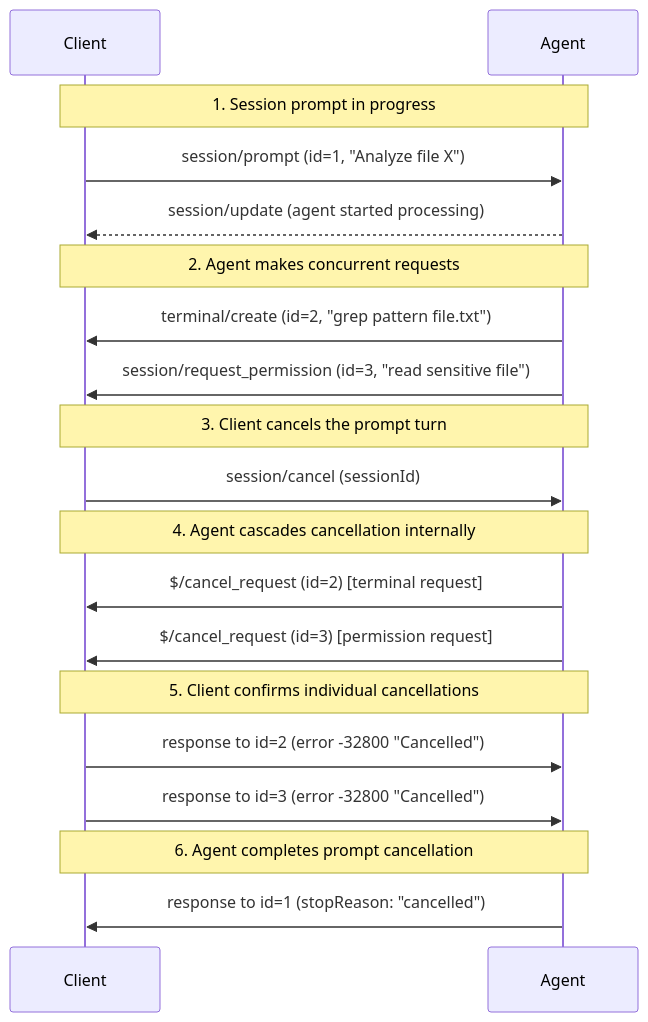
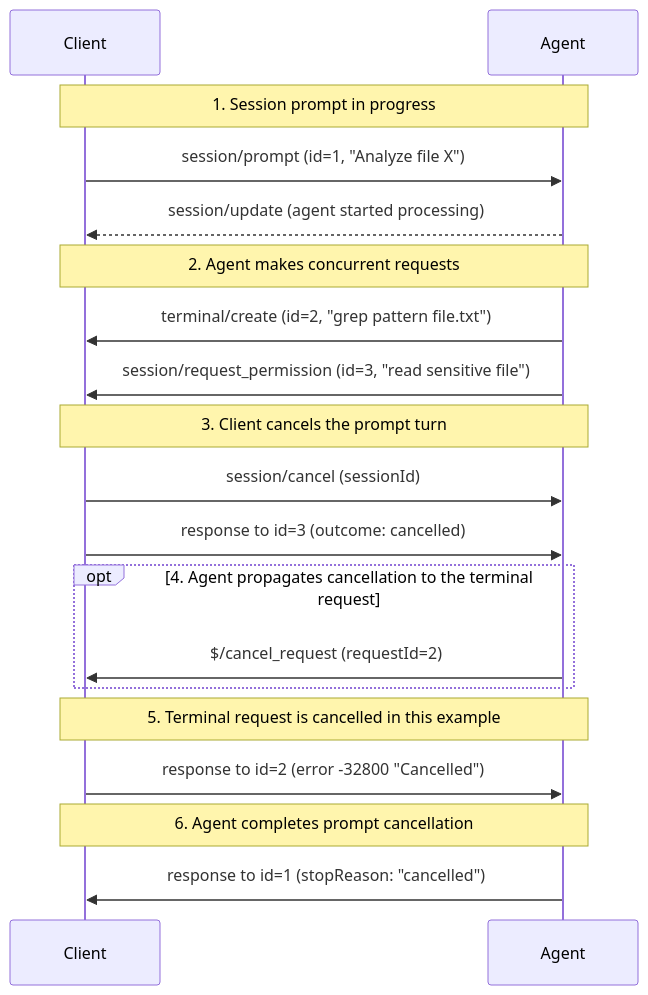
Before and after one commit to agentclientprotocol/agent-client-protocol: the diagram in docs/protocol/v1/cancellation.mdx, drawn with Mermaid. The commit also changed other lines of this file and 4 other files, not shown here.

````diff
--- a/docs/protocol/v1/cancellation.mdx
+++ b/docs/protocol/v1/cancellation.mdx
@@ -42,27 +44,27 @@
 ```mermaid
 sequenceDiagram
     participant Client
     participant Agent
 
     Note over Client,Agent: 1. Session prompt in progress
     Client->>Agent: session/prompt (id=1, "Analyze file X")
     Agent-->>Client: session/update (agent started processing)
 
     Note over Client,Agent: 2. Agent makes concurrent requests
     Agent->>Client: terminal/create (id=2, "grep pattern file.txt")
     Agent->>Client: session/request_permission (id=3, "read sensitive file")
 
     Note over Client,Agent: 3. Client cancels the prompt turn
     Client->>Agent: session/cancel (sessionId)
+    Client->>Agent: response to id=3 (outcome: cancelled)
 
-    Note over Client,Agent: 4. Agent cascades cancellation internally
-    Agent->>Client: $/cancel_request (id=2) [terminal request]
-    Agent->>Client: $/cancel_request (id=3) [permission request]
+    opt 4. Agent propagates cancellation to the terminal request
+        Agent->>Client: $/cancel_request (requestId=2)
+    end
 
-    Note over Client,Agent: 5. Client confirms individual cancellations
+    Note over Client,Agent: 5. Terminal request is cancelled in this example
     Client->>Agent: response to id=2 (error -32800 "Cancelled")
-    Client->>Agent: response to id=3 (error -32800 "Cancelled")
 
     Note over Client,Agent: 6. Agent completes prompt cancellation
     Agent->>Client: response to id=1 (stopReason: "cancelled")
 ```
````
